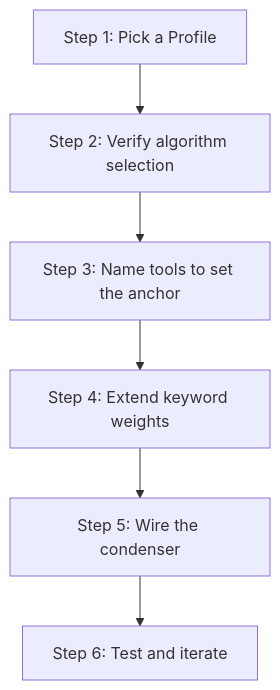
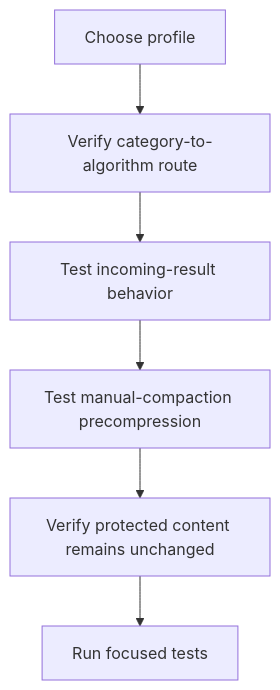
One commit to mdz-axo/zed-kask changed the diagram in kask/docs/diataxis/hkask-condenser/how-to.md. Above: the diagram before and after it, drawn with Mermaid. The commit also changed other lines of this file and 15 other files, not shown here.

````diff
--- a/kask/docs/diataxis/hkask-condenser/how-to.md
+++ b/kask/docs/diataxis/hkask-condenser/how-to.md
@@ -49,8 +18,8 @@
 ```mermaid
 flowchart TD
-    A[Step 1: Pick a Profile] --> B[Step 2: Verify algorithm selection]
-    B --> C[Step 3: Name tools to set the anchor]
-    C --> D[Step 4: Extend keyword weights]
-    D --> E[Step 5: Wire the condenser]
-    E --> F[Step 6: Test and iterate]
+    A[Choose profile] --> B[Verify category-to-algorithm route]
+    B --> C[Test incoming-result behavior]
+    C --> D[Test manual-compaction precompression]
+    D --> E[Verify protected content remains unchanged]
+    E --> F[Run focused tests]
 ```
````
